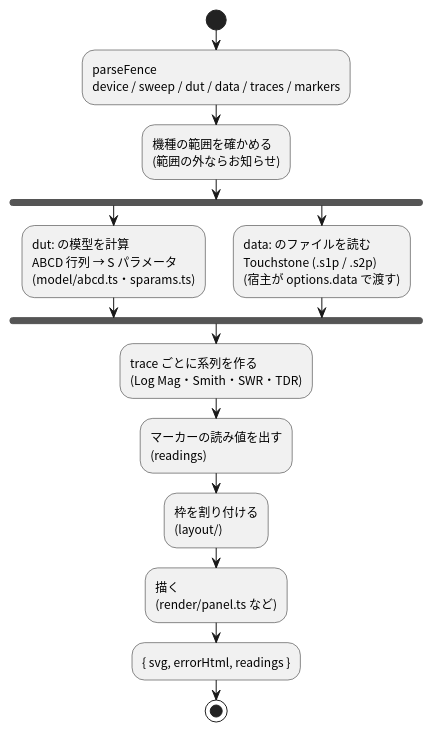
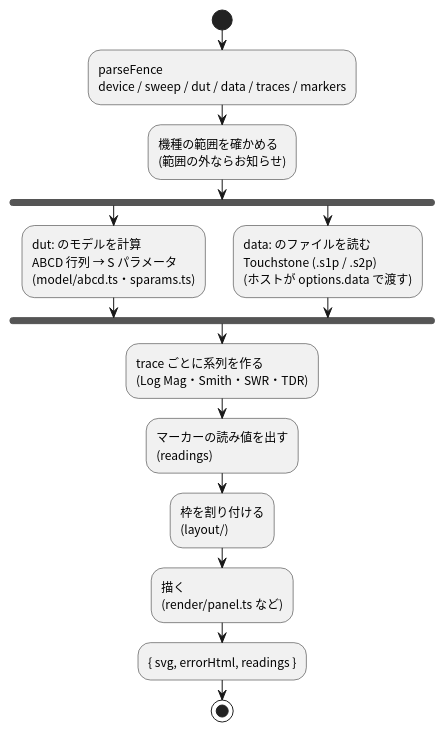
One commit to tommie-jp/tommie-fence changed the sixth of 10 diagrams in docs/architecture.ja.md. Above: the diagram before and after it, drawn with PlantUML. The commit also changed other lines of this file, not shown here.

First line of the commit message:
docs: しくみの全体図の日本語を推敲し、「模型」をモデル、「宿主」をホストにする

````diff
--- a/docs/architecture.ja.md
+++ b/docs/architecture.ja.md
@@ -295,19 +297,19 @@
 ```plantuml
 @startuml instrument-flow
 skinparam defaultFontName "Noto Sans CJK JP"
 start
 :parseFence\ndevice / sweep / dut / data / traces / markers;
 :機種の範囲を確かめる\n(範囲の外ならお知らせ);
 fork
-  :dut: の模型を計算\nABCD 行列 → S パラメータ\n(model/abcd.ts・sparams.ts);
+  :dut: のモデルを計算\nABCD 行列 → S パラメータ\n(model/abcd.ts・sparams.ts);
 fork again
-  :data: のファイルを読む\nTouchstone (.s1p / .s2p)\n(宿主が options.data で渡す);
+  :data: のファイルを読む\nTouchstone (.s1p / .s2p)\n(ホストが options.data で渡す);
 end fork
 :trace ごとに系列を作る\n(Log Mag・Smith・SWR・TDR);
 :マーカーの読み値を出す\n(readings);
 :枠を割り付ける\n(layout/);
 :描く\n(render/panel.ts など);
 :{ svg, errorHtml, readings };
 stop
 @enduml
 ```
````
